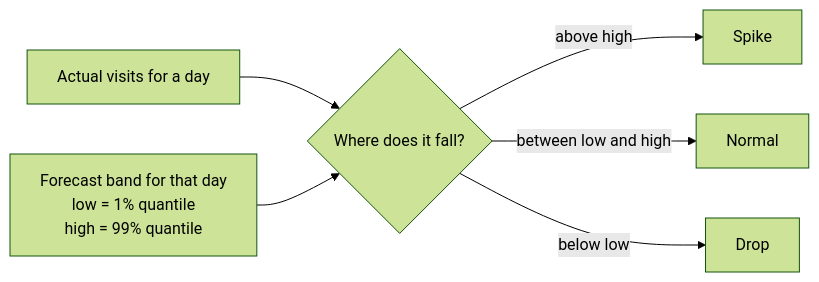
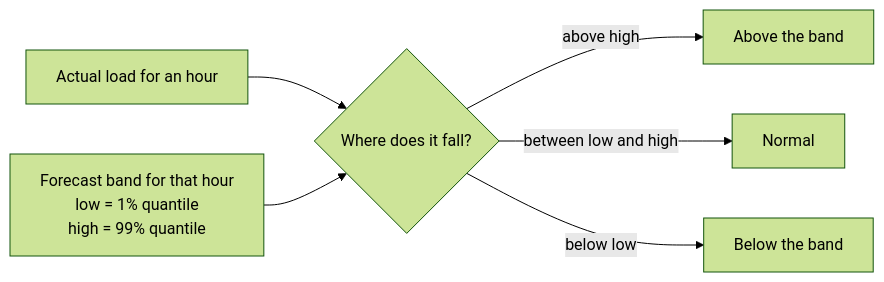
One commit to mourjo/zero-shot-forecasting changed the first of 6 diagrams in docs/04-anomaly-detection.md. Above: the diagram before and after it, drawn with Mermaid (forest theme). The commit also changed other lines of this file and 3 other files, not shown here.

````diff
--- a/docs/04-anomaly-detection.md
+++ b/docs/04-anomaly-detection.md
@@ -68,8 +70,8 @@
 ```mermaid
 flowchart LR
-    A["Actual visits for a day"] --> C{"Where does it fall?"}
-    F["Forecast band for that day<br/>low = 1% quantile<br/>high = 99% quantile"] --> C
-    C -- "above high" --> S["Spike"]
+    A["Actual load for an hour"] --> C{"Where does it fall?"}
+    F["Forecast band for that hour<br/>low = 1% quantile<br/>high = 99% quantile"] --> C
+    C -- "above high" --> S["Above the band"]
     C -- "between low and high" --> N["Normal"]
-    C -- "below low" --> D["Drop"]
+    C -- "below low" --> D["Below the band"]
 ```
````
